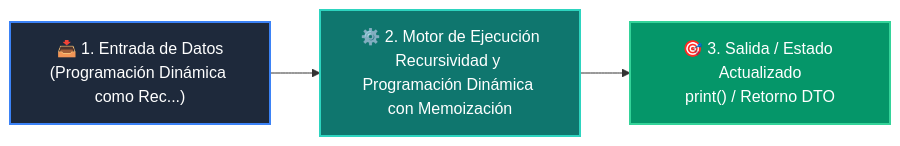
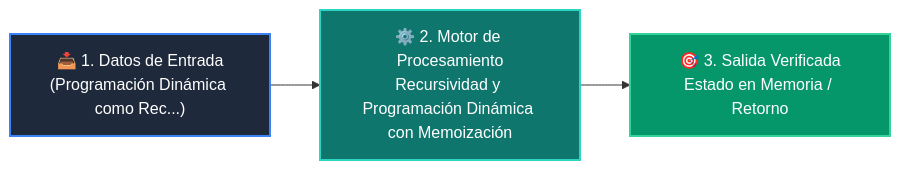
Before and after one commit to wisrovi/wisrovi-python: the diagram in 02-algoritmos-estructuras/clase-08-recursividad-y-programacion-dinamica/README.md, drawn with Mermaid. The commit also changed other lines of this file and 226 other files, not shown here.

Commit message:
docs: elevate all repository READMEs to world-class mastery standard with rich pedagogical architecture, custom Mermaids, and professional styling

````diff
--- a/02-algoritmos-estructuras/clase-08-recursividad-y-programacion-dinamica/README.md
+++ b/02-algoritmos-estructuras/clase-08-recursividad-y-programacion-dinamica/README.md
@@ -12,9 +26,9 @@
 ```mermaid
 flowchart LR
-    A["📥 1. Entrada de Datos<br/>(Programación Dinámica como Rec...)"] --> B["⚙️ 2. Motor de Ejecución<br/>Recursividad y Programación Dinámica con Memoización"]
-    B --> C["🎯 3. Salida / Estado Actualizado<br/>print() / Retorno DTO"]
+    IN["📥 1. Datos de Entrada<br/>(Programación Dinámica como Rec...)"] --> ENG["⚙️ 2. Motor de Procesamiento<br/>Recursividad y Programación Dinámica con Memoización"]
+    ENG --> OUT["🎯 3. Salida Verificada<br/>Estado en Memoria / Retorno"]
 
-    style A fill:#1e293b,color:#ffffff,stroke:#3b82f6,stroke-width:2px
-    style B fill:#0f766e,color:#ffffff,stroke:#2dd4bf,stroke-width:2px
-    style C fill:#059669,color:#ffffff,stroke:#34d399,stroke-width:2px
+    style IN fill:#1e293b,color:#ffffff,stroke:#3b82f6,stroke-width:2px
+    style ENG fill:#0f766e,color:#ffffff,stroke:#2dd4bf,stroke-width:2px
+    style OUT fill:#059669,color:#ffffff,stroke:#34d399,stroke-width:2px
 ```
````
